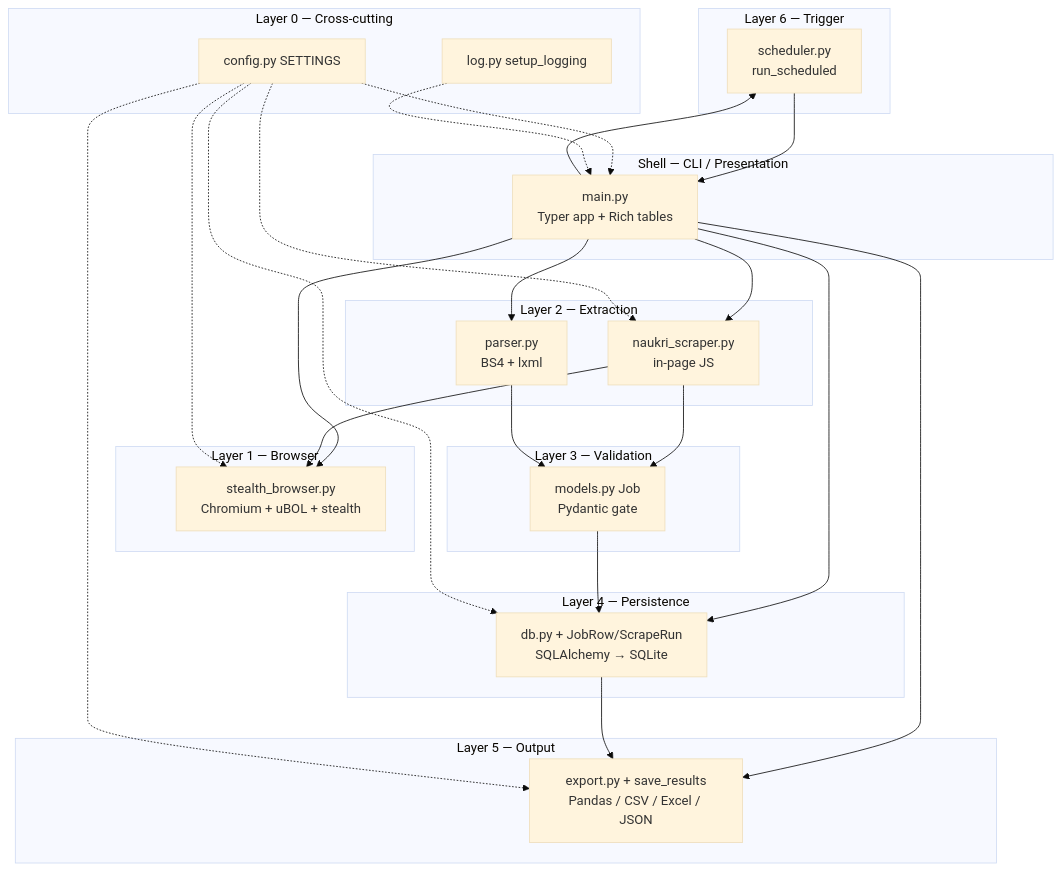
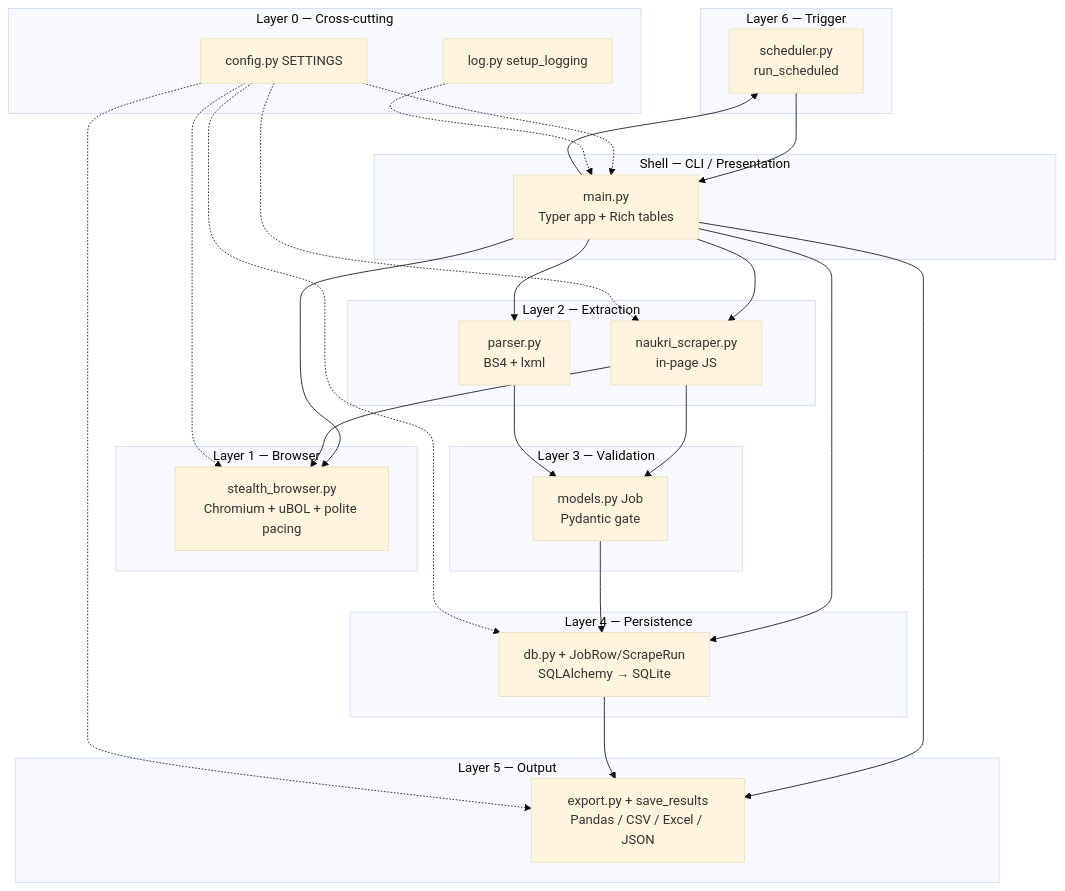
Before and after one commit to AslamNazeerShaikh/PythonWebScraping: the second of 10 diagrams in docs/CODE_EXPLANATION.md, drawn with Mermaid (base theme). The commit also changed other lines of this file and 4 other files, not shown here.

````diff
--- a/docs/CODE_EXPLANATION.md
+++ b/docs/CODE_EXPLANATION.md
@@ -175,47 +175,47 @@
 ```mermaid
 flowchart TB
     subgraph L6["Layer 6 — Trigger"]
         Sched["scheduler.py<br/>run_scheduled"]
     end
     subgraph Shell["Shell — CLI / Presentation"]
         CLI["main.py<br/>Typer app + Rich tables"]
     end
     subgraph L1["Layer 1 — Browser"]
-        Brow["stealth_browser.py<br/>Chromium + uBOL + stealth"]
+        Brow["stealth_browser.py<br/>Chromium + uBOL + polite pacing"]
     end
     subgraph L2["Layer 2 — Extraction"]
         Live["naukri_scraper.py<br/>in-page JS"]
         Off["parser.py<br/>BS4 + lxml"]
     end
     subgraph L3["Layer 3 — Validation"]
         Val["models.py Job<br/>Pydantic gate"]
     end
     subgraph L4["Layer 4 — Persistence"]
         DB["db.py + JobRow/ScrapeRun<br/>SQLAlchemy → SQLite"]
     end
     subgraph L5["Layer 5 — Output"]
         Exp["export.py + save_results<br/>Pandas / CSV / Excel / JSON"]
     end
     subgraph L0["Layer 0 — Cross-cutting"]
         Cfg["config.py SETTINGS"]
         Log["log.py setup_logging"]
     end
     CLI --> Sched
     CLI --> Brow
     CLI --> Live
     CLI --> Off
     CLI --> DB
     CLI --> Exp
     Sched --> CLI
     Live --> Brow
     Live --> Val
     Off --> Val
     Val --> DB
     DB --> Exp
     Cfg -.-> CLI
     Cfg -.-> Brow
     Cfg -.-> Live
     Cfg -.-> DB
     Cfg -.-> Exp
     Log -.-> CLI
 ```
````
